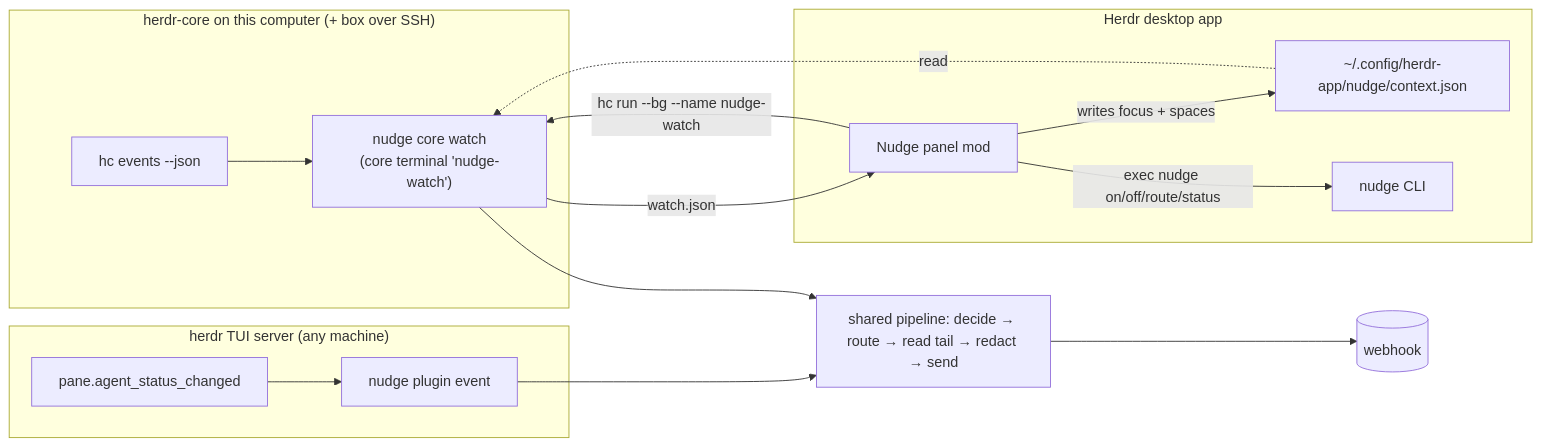
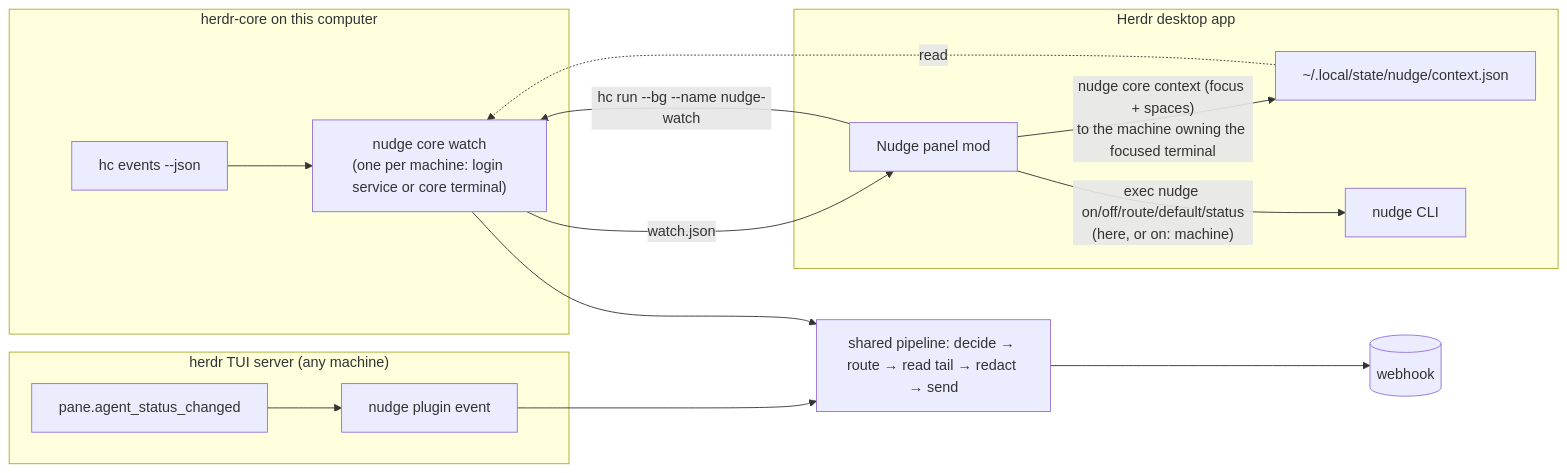
Before and after one commit to weskor/nudge: the diagram in docs/design/herdr-desktop-panel.md, drawn with Mermaid. The commit also changed other lines of this file, not shown here.

Commit message:
Design: record the 2026-11-02 decisions (fail when off, per-machine watchers, login service, panel edits connected machines, default webhook, mod publishing plan, Q6/Q7 resolved)

````diff
--- a/docs/design/herdr-desktop-panel.md
+++ b/docs/design/herdr-desktop-panel.md
@@ -151,19 +190,19 @@
 ```mermaid
 flowchart LR
   subgraph TUI["herdr TUI server (any machine)"]
     E1["pane.agent_status_changed"] --> P["nudge plugin event"]
   end
-  subgraph Core["herdr-core on this computer (+ box over SSH)"]
-    HC["hc events --json"] --> W["nudge core watch<br/>(core terminal 'nudge-watch')"]
+  subgraph Core["herdr-core on this computer"]
+    HC["hc events --json"] --> W["nudge core watch<br/>(one per machine: login service or core terminal)"]
   end
   subgraph App["Herdr desktop app"]
-    M["Nudge panel mod"] -- "writes focus + spaces" --> CTX["~/.config/herdr-app/nudge/context.json"]
-    M -- "exec nudge on/off/route/status" --> CLI["nudge CLI"]
+    M["Nudge panel mod"] -- "nudge core context (focus + spaces)<br/>to the machine owning the focused terminal" --> CTX["~/.local/state/nudge/context.json"]
+    M -- "exec nudge on/off/route/default/status<br/>(here, or on: machine)" --> CLI["nudge CLI"]
     M -- "hc run --bg --name nudge-watch" --> W
   end
   P --> PIPE["shared pipeline: decide → route → read tail → redact → send"]
   W --> PIPE
   CTX -. read .-> W
   PIPE --> WH[("webhook")]
   W -- "watch.json" --> M
 ```
````
